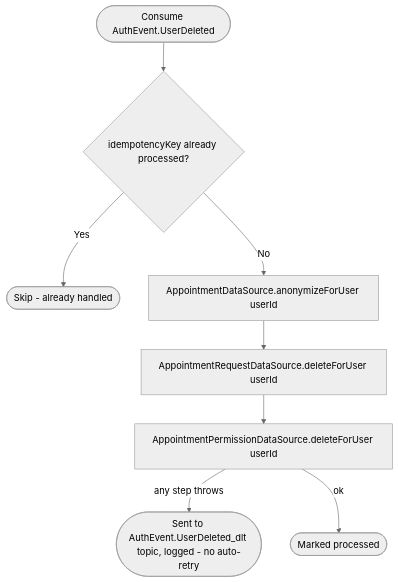
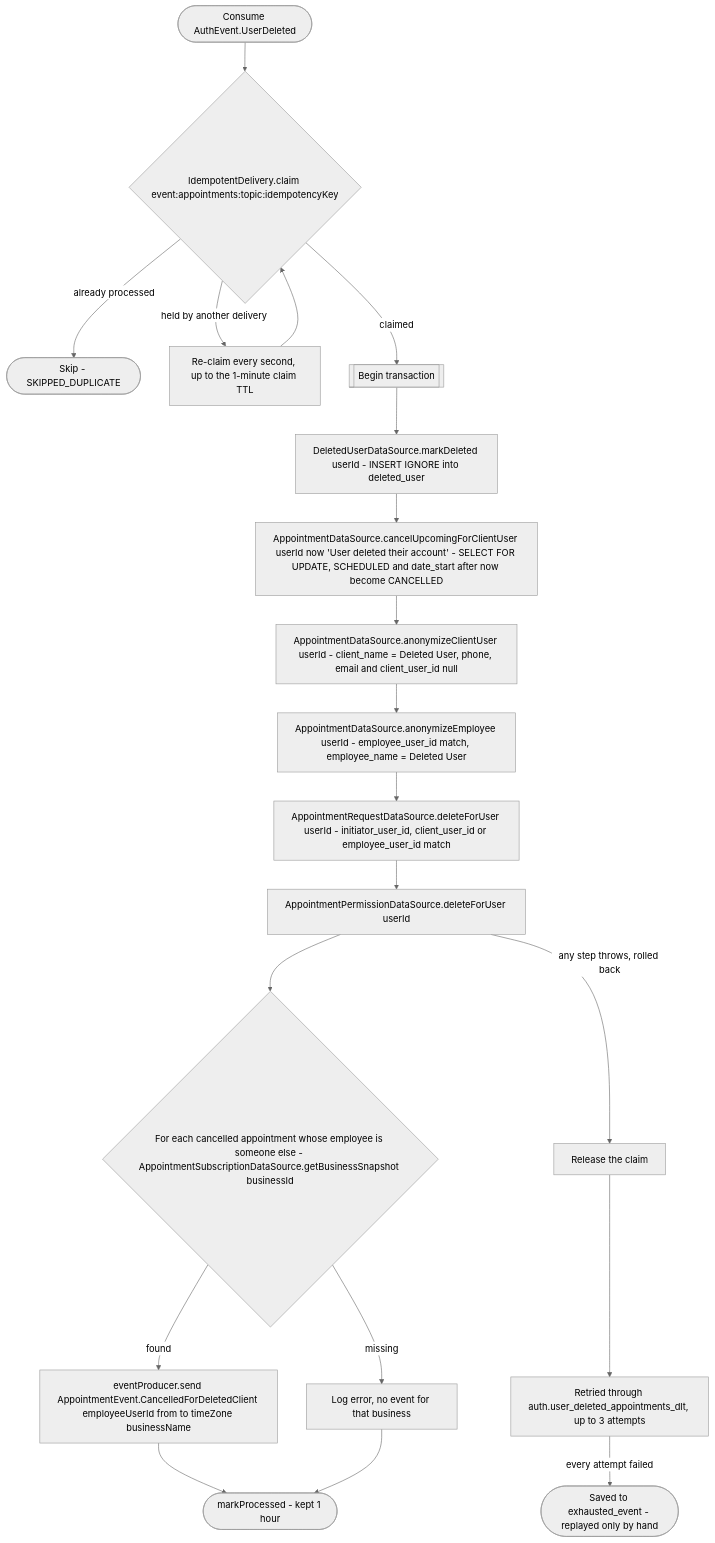
The diagram in docs/operations/appointments/on-user-deleted.md (nocturneproperties/bookkme), drawn with Mermaid (neutral theme) before and after one commit. The commit also changed other lines of this file and 90 other files, not shown here.

````diff
--- a/docs/operations/appointments/on-user-deleted.md
+++ b/docs/operations/appointments/on-user-deleted.md
@@ -11,10 +35,20 @@
 ```mermaid
 flowchart TD
-    Start([Consume AuthEvent.UserDeleted]) --> Dedup{idempotencyKey already processed?}
-    Dedup -- Yes --> Skip([Skip - already handled])
-    Dedup -- No --> Anon[AppointmentDataSource.anonymizeForUser userId]
-    Anon --> DelReq[AppointmentRequestDataSource.deleteForUser userId]
+    Start([Consume AuthEvent.UserDeleted]) --> Claim{"IdempotentDelivery.claim event:appointments:topic:idempotencyKey"}
+    Claim -- already processed --> Skip([Skip - SKIPPED_DUPLICATE])
+    Claim -- held by another delivery --> Wait[Re-claim every second, up to the 1-minute claim TTL] --> Claim
+    Claim -- claimed --> Tx[[Begin transaction]]
+    Tx --> Mark["DeletedUserDataSource.markDeleted userId - INSERT IGNORE into deleted_user"]
+    Mark --> Cancel["AppointmentDataSource.cancelUpcomingForClientUser userId now 'User deleted their account' - SELECT FOR UPDATE, SCHEDULED and date_start after now become CANCELLED"]
+    Cancel --> AnonClient["AppointmentDataSource.anonymizeClientUser userId - client_name = Deleted User, phone, email and client_user_id null"]
+    AnonClient --> AnonEmployee["AppointmentDataSource.anonymizeEmployee userId - employee_user_id match, employee_name = Deleted User"]
+    AnonEmployee --> DelReq["AppointmentRequestDataSource.deleteForUser userId - initiator_user_id, client_user_id or employee_user_id match"]
     DelReq --> DelPerm[AppointmentPermissionDataSource.deleteForUser userId]
-    DelPerm -- any step throws --> Dlt([Sent to AuthEvent.UserDeleted_dlt topic, logged - no auto-retry])
-    DelPerm -- ok --> Ack([Marked processed])
+    DelPerm --> Each{"For each cancelled appointment whose employee is someone else - AppointmentSubscriptionDataSource.getBusinessSnapshot businessId"}
+    Each -- found --> Send["eventProducer.send AppointmentEvent.CancelledForDeletedClient employeeUserId from to timeZone businessName"]
+    Each -- missing --> Log[Log error, no event for that business]
+    Send --> Processed([markProcessed - kept 1 hour])
+    Log --> Processed
+    DelPerm -- any step throws, rolled back --> Release[Release the claim] --> Dlt["Retried through auth.user_deleted_appointments_dlt, up to 3 attempts"]
+    Dlt -- every attempt failed --> Parked([Saved to exhausted_event - replayed only by hand])
 ```
````
